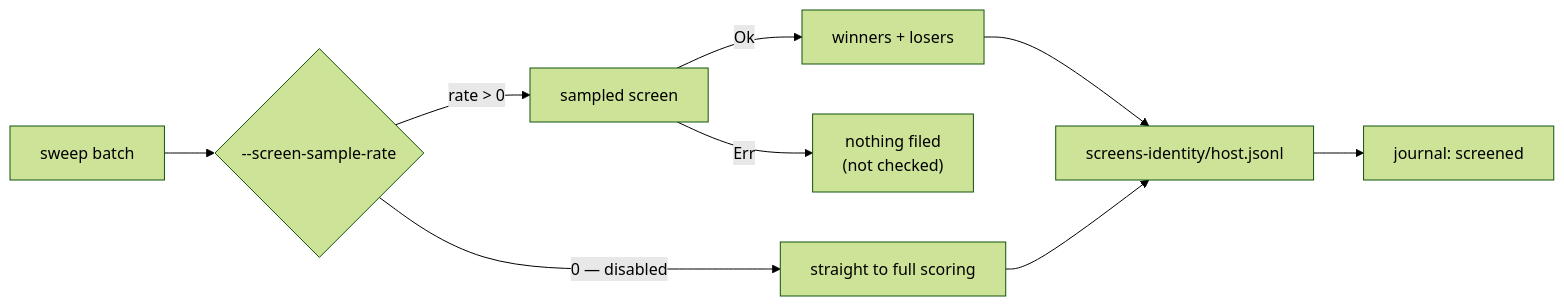
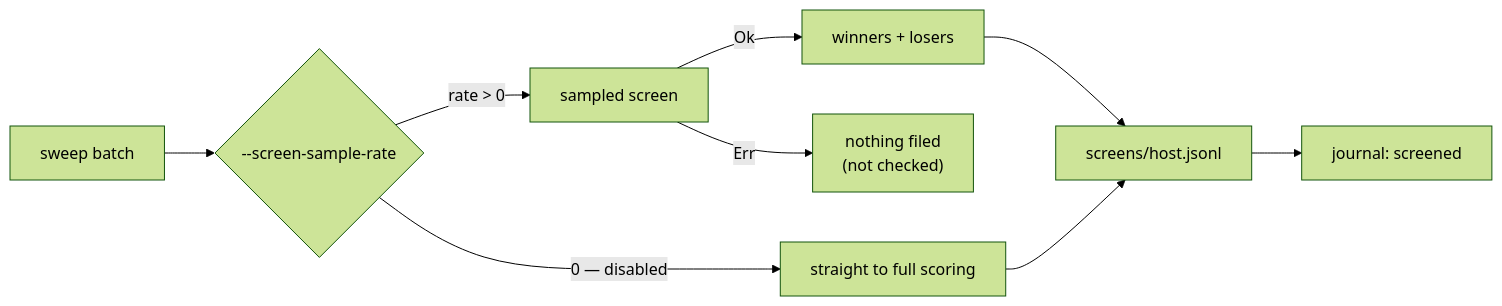
Before and after one commit to stSoftwareAU/NEAT-AI-Ockham: the third of 11 diagrams in README.md, drawn with Mermaid (forest theme). The commit also changed other lines of this file and 19 other files, not shown here.

````diff
--- a/README.md
+++ b/README.md
@@ -352,11 +356,11 @@
 ```mermaid
 flowchart LR
     B[sweep batch] --> S{"--screen-sample-rate"}
     S -->|"rate > 0"| C[sampled screen]
     C -->|Ok| W[winners + losers]
     C -->|Err| N["nothing filed<br/>(not checked)"]
     S -->|"0 — disabled"| D[straight to full scoring]
-    W --> R["screens-identity/host.jsonl"]
+    W --> R["screens/host.jsonl"]
     D --> R
     R --> J["journal: screened"]
 ```
````
